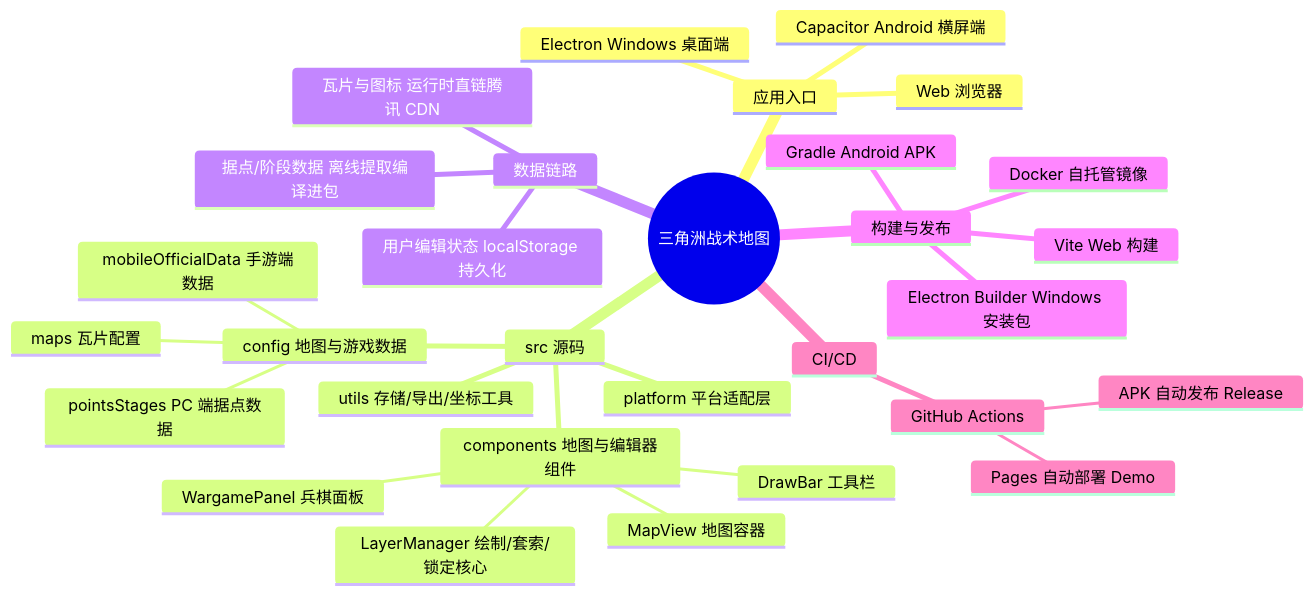
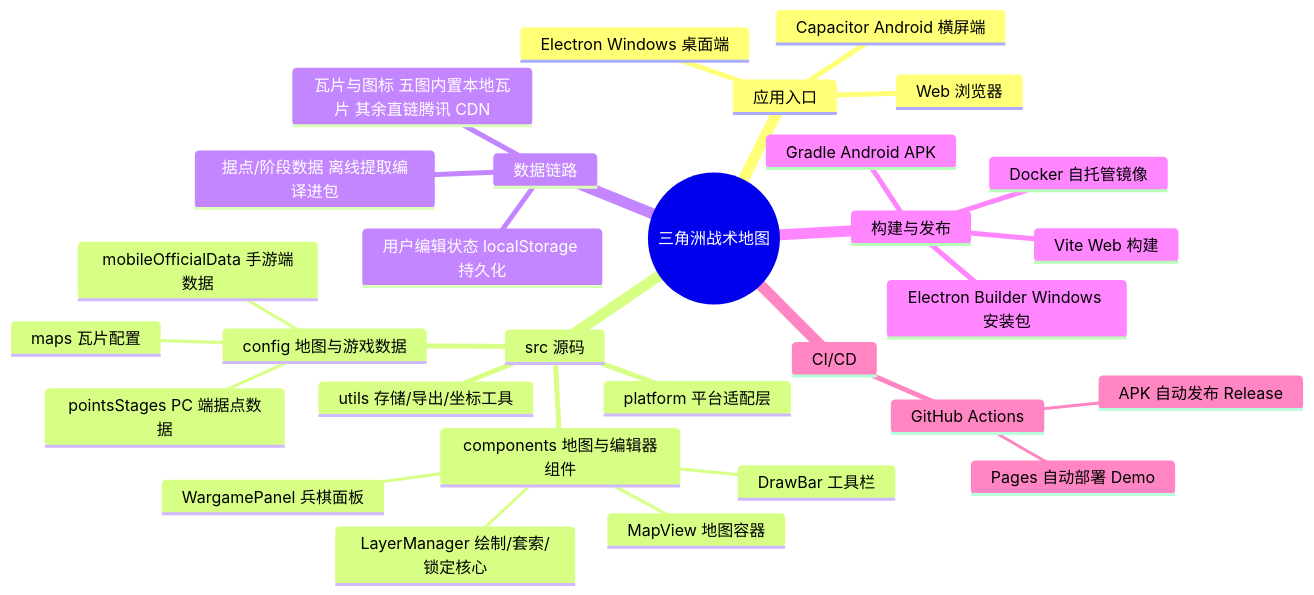
One commit to aeuicey/DeltaForce-TacticalPanel changed the diagram in README.md. Above: the diagram before and after it, drawn with Mermaid. The commit also changed other lines of this file and 2 other files, not shown here.

First line of the commit message:
fix(pages): 子路径部署补全 /maps/ 前缀，修复攀升等五张本地底图 404

````diff
--- a/README.md
+++ b/README.md
@@ -431,33 +457,33 @@
 ```mermaid
 mindmap
   root((三角洲战术地图))
     应用入口
       Web 浏览器
       Electron Windows 桌面端
       Capacitor Android 横屏端
     src 源码
       components 地图与编辑器组件
         LayerManager 绘制/套索/锁定核心
         MapView 地图容器
         DrawBar 工具栏
         WargamePanel 兵棋面板
       config 地图与游戏数据
         maps 瓦片配置
         pointsStages PC 端据点数据
         mobileOfficialData 手游端数据
       platform 平台适配层
       utils 存储/导出/坐标工具
     数据链路
-      瓦片与图标 运行时直链腾讯 CDN
+      瓦片与图标 五图内置本地瓦片 其余直链腾讯 CDN
       据点/阶段数据 离线提取编译进包
       用户编辑状态 localStorage 持久化
     构建与发布
       Vite Web 构建
       Electron Builder Windows 安装包
       Gradle Android APK
       Docker 自托管镜像
     CI/CD
       GitHub Actions
         Pages 自动部署 Demo
         APK 自动发布 Release
 ```
````
